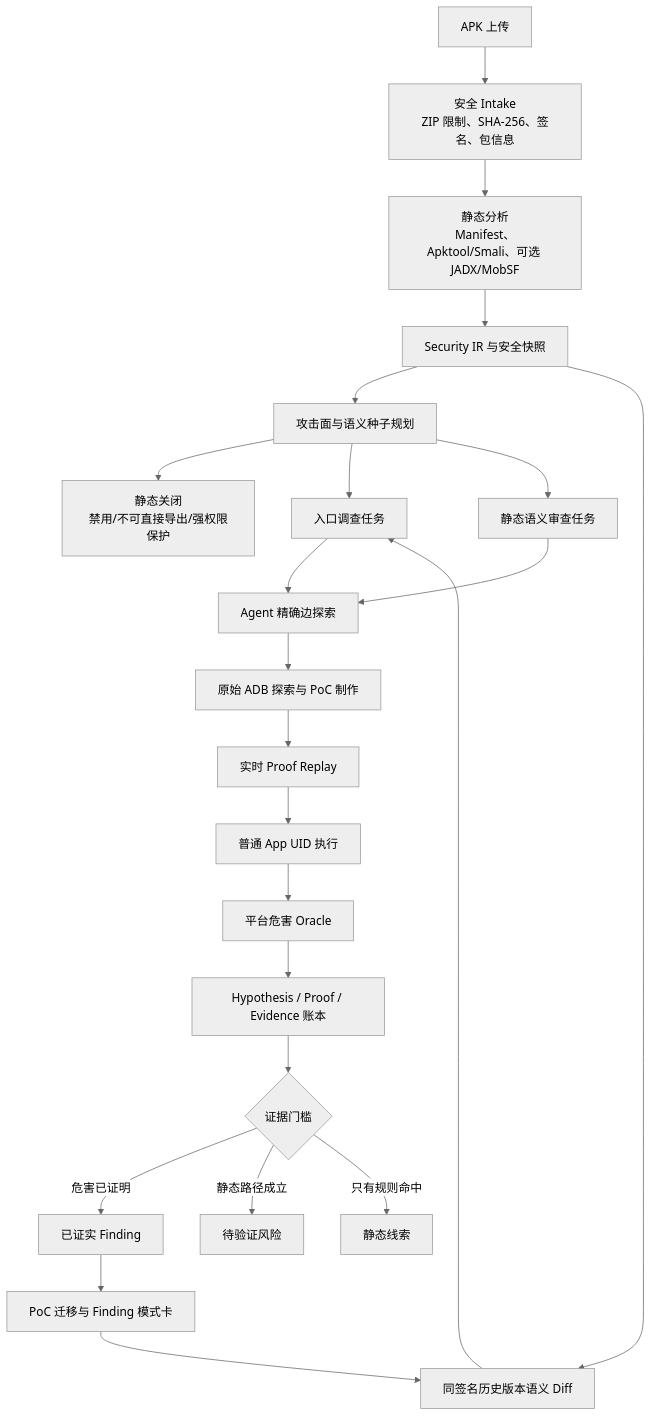
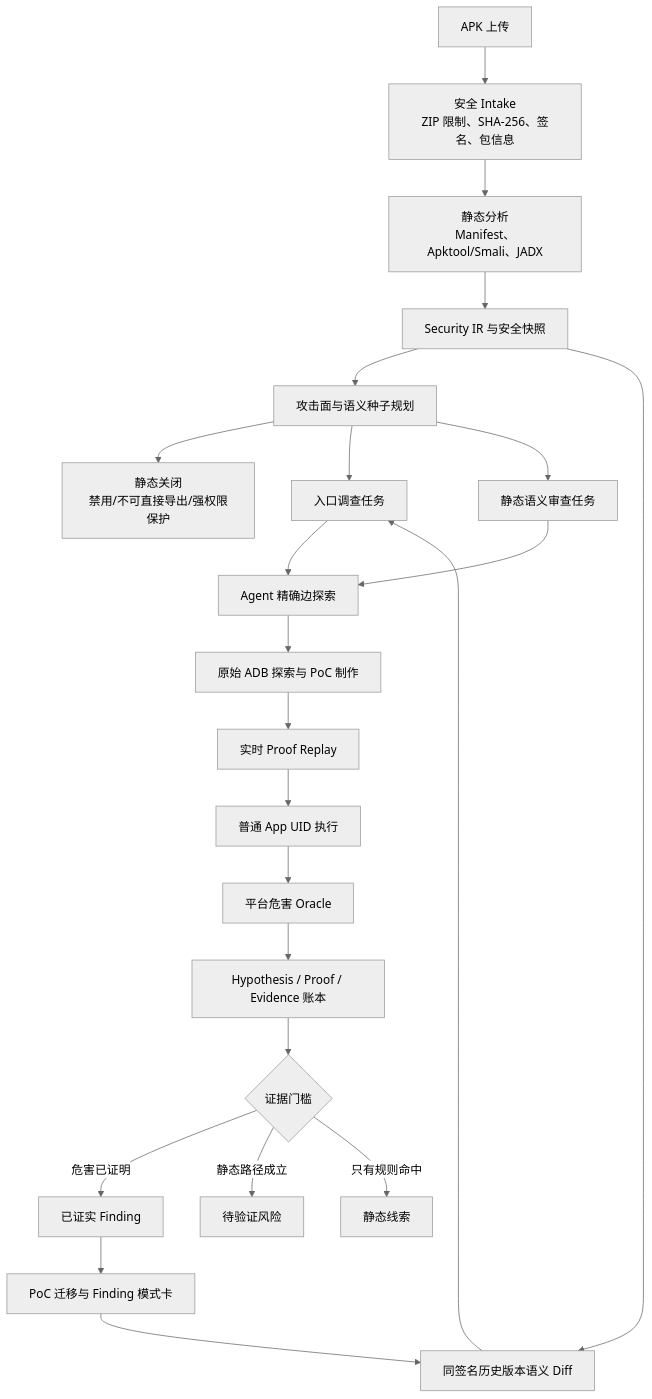
One commit to Nijika0529/ApkScanner changed the diagram in docs/project-brief.zh-CN.md. Above: the diagram before and after it, drawn with Mermaid (neutral theme). The commit also changed other lines of this file and 31 other files, not shown here.

````diff
--- a/docs/project-brief.zh-CN.md
+++ b/docs/project-brief.zh-CN.md
@@ -106,25 +106,25 @@
 ```mermaid
 flowchart TD
     A[APK 上传] --> B[安全 Intake<br/>ZIP 限制、SHA-256、签名、包信息]
-    B --> C[静态分析<br/>Manifest、Apktool/Smali、可选 JADX/MobSF]
+    B --> C[静态分析<br/>Manifest、Apktool/Smali、JADX]
     C --> D[Security IR 与安全快照]
     D --> E[攻击面与语义种子规划]
     E --> F[静态关闭<br/>禁用/不可直接导出/强权限保护]
     E --> G[入口调查任务]
     E --> H[静态语义审查任务]
     G --> I[Agent 精确边探索]
     H --> I
     I --> J[原始 ADB 探索与 PoC 制作]
     J --> K[实时 Proof Replay]
     K --> L[普通 App UID 执行]
     L --> M[平台危害 Oracle]
     M --> N[Hypothesis / Proof / Evidence 账本]
     N --> O{证据门槛}
     O -->|危害已证明| P[已证实 Finding]
     O -->|静态路径成立| Q[待验证风险]
     O -->|只有规则命中| R[静态线索]
     D --> S[同签名历史版本语义 Diff]
     S --> G
     P --> T[PoC 迁移与 Finding 模式卡]
     T --> S
 ```
````
